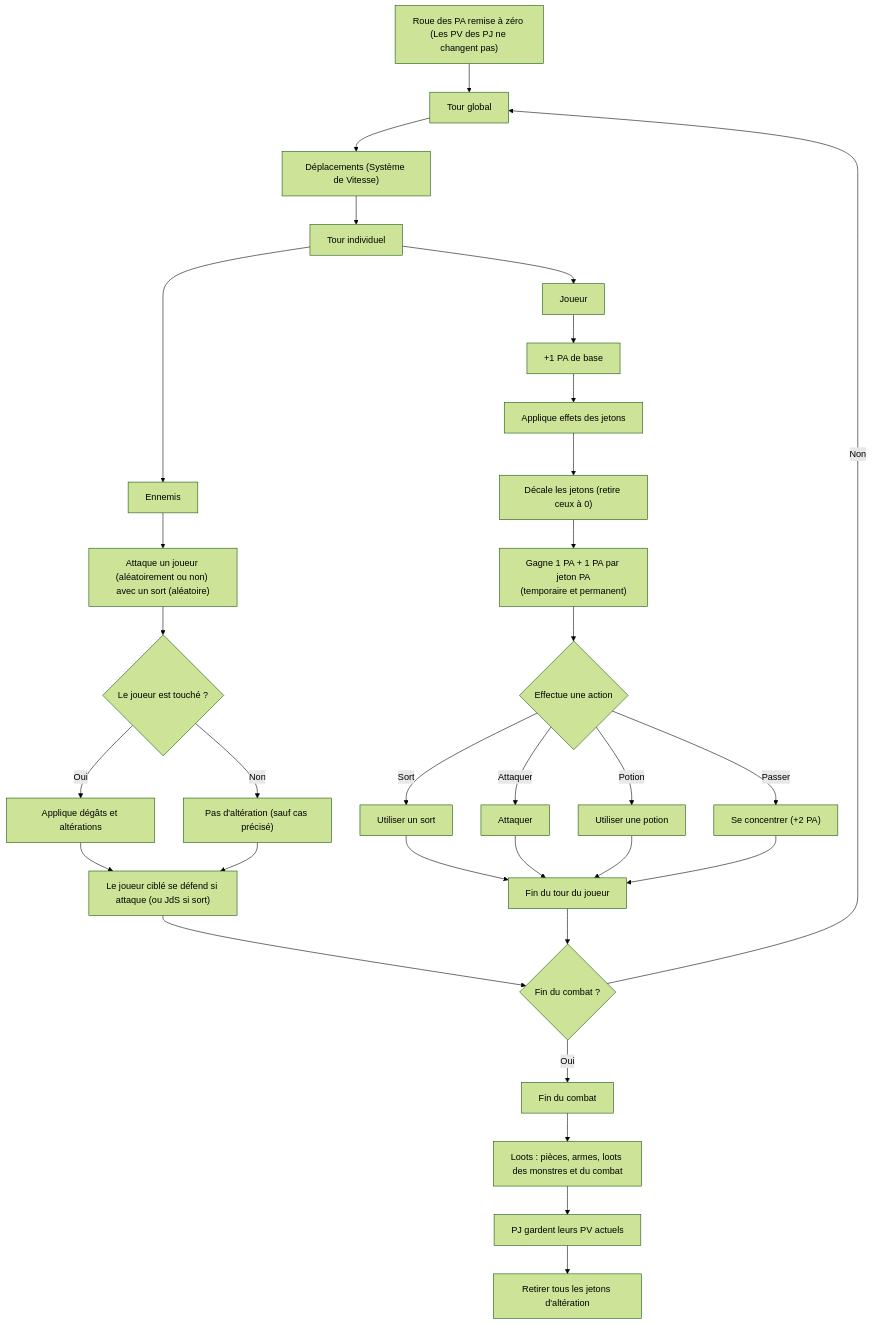
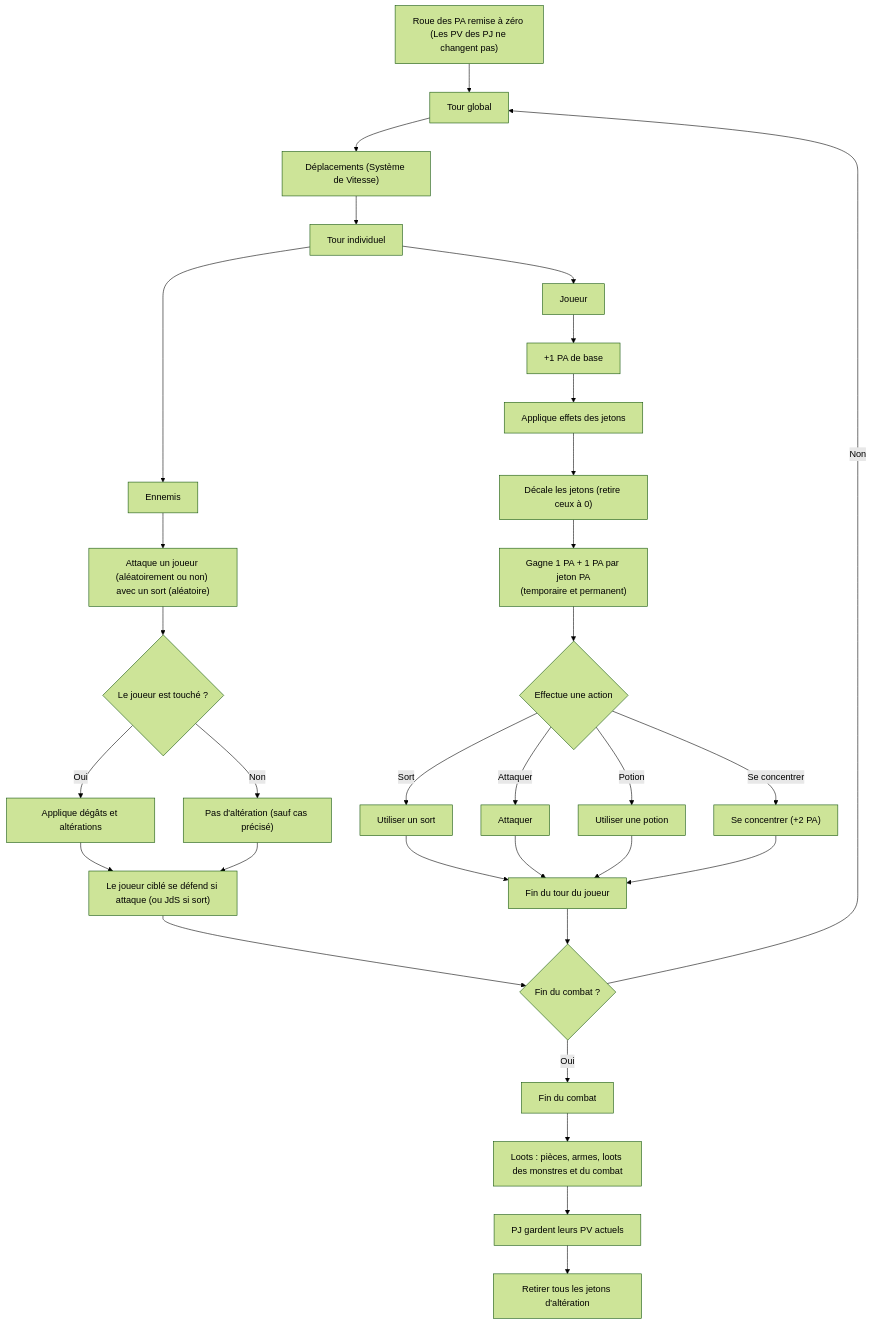
The diagram in gameplay/Schéma Combat.md (golngaz/envy-fortress), drawn with Mermaid (forest theme) before and after one commit. The commit also changed 21 other files, not shown here.

````diff
--- a/gameplay/Schéma Combat.md
+++ b/gameplay/Schéma Combat.md
@@ -5,46 +5,46 @@
 ```mermaid
 flowchart TD
   C["Roue des PA remise à zéro (Les PV des PJ ne changent pas)"]
 
   C --> D["Tour global"]
   D --> E["Déplacements (Système de Vitesse)"]
 
   E --> F["Tour individuel"]
 
   %% --- Tour Joueur ---
   F --> G["Joueur"]
   G --> G1["+1 PA de base"]
   G1 --> G2["Applique effets des jetons"]
   G2 --> G3["Décale les jetons (retire ceux à 0)"]
   G3 --> G4["Gagne 1 PA + 1 PA par jeton PA\n(temporaire et permanent)"]
 
   G4 --> G6{"Effectue une action"}
   G6 -->|Sort| G7["Utiliser un sort"]
   G6 -->|Attaquer| G8["Attaquer"]
   G6 -->|Potion| G9["Utiliser une potion"]
-  G6 -->|Passer| G10["Se concentrer (+2 PA)"]
+  G6 -->|Se concentrer| G10["Se concentrer (+2 PA)"]
   G7 --> H["Fin du tour du joueur"]
   G8 --> H
   G9 --> H
   G10 --> H
 
   %% --- Tour Ennemi ---
   F --> I["Ennemis"]
   I --> I1["Attaque un joueur (aléatoirement ou non) avec un sort (aléatoire)"]
   I1 --> I3{"Le joueur est touché ?"}
   I3 -->|Oui| I4["Applique dégâts et altérations"]
   I3 -->|Non| I5["Pas d'altération (sauf cas précisé)"]
   I4 --> I6["Le joueur ciblé se défend si attaque (ou JdS si sort)"]
   I5 --> I6
   I6 --> K
 
   %% --- Fin de tour commune ---
   H --> K{"Fin du combat ?"}
 
   K -->|Non| D
   K -->|Oui| L["Fin du combat"]
 
   L --> L1["Loots : pièces, armes, loots des monstres et du combat"]
   L1 --> L2["PJ gardent leurs PV actuels"]
   L2 --> L3["Retirer tous les jetons d'altération"]
 ```
````
